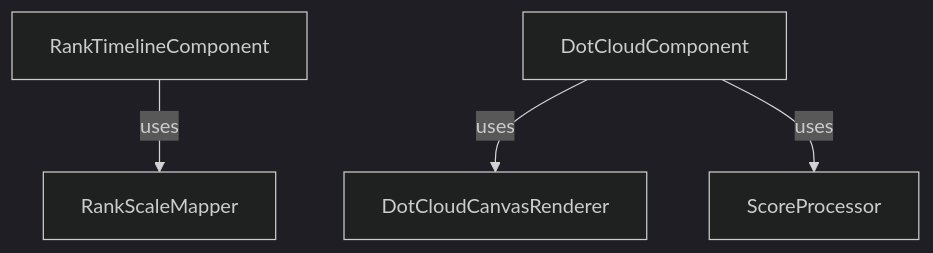
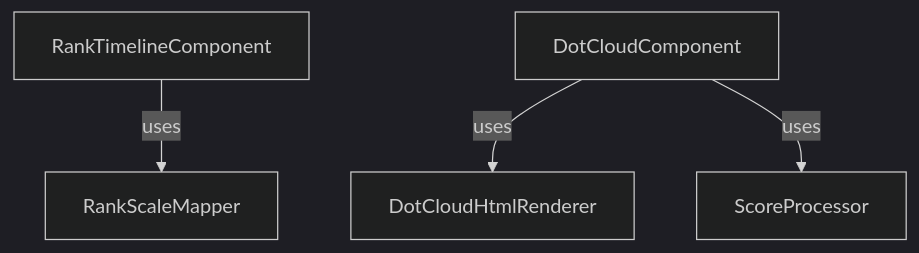
The first of 2 diagrams in src/components/visualizations/_docs.md (H1410101/raw_output), drawn with Mermaid (dark theme) before and after one commit. The commit also changed other lines of this file and 5 other files, not shown here.

Commit message:
refactor: migrate Dot Cloud to HTML-based rendering and implement background loading queue

````diff
--- a/src/components/visualizations/_docs.md
+++ b/src/components/visualizations/_docs.md
@@ -28,6 +28,6 @@
 ```mermaid
 graph TD
     RankTimelineComponent -->|uses| RankScaleMapper
-    DotCloudComponent -->|uses| DotCloudCanvasRenderer
+    DotCloudComponent -->|uses| DotCloudHtmlRenderer
     DotCloudComponent -->|uses| ScoreProcessor
 ```
````
